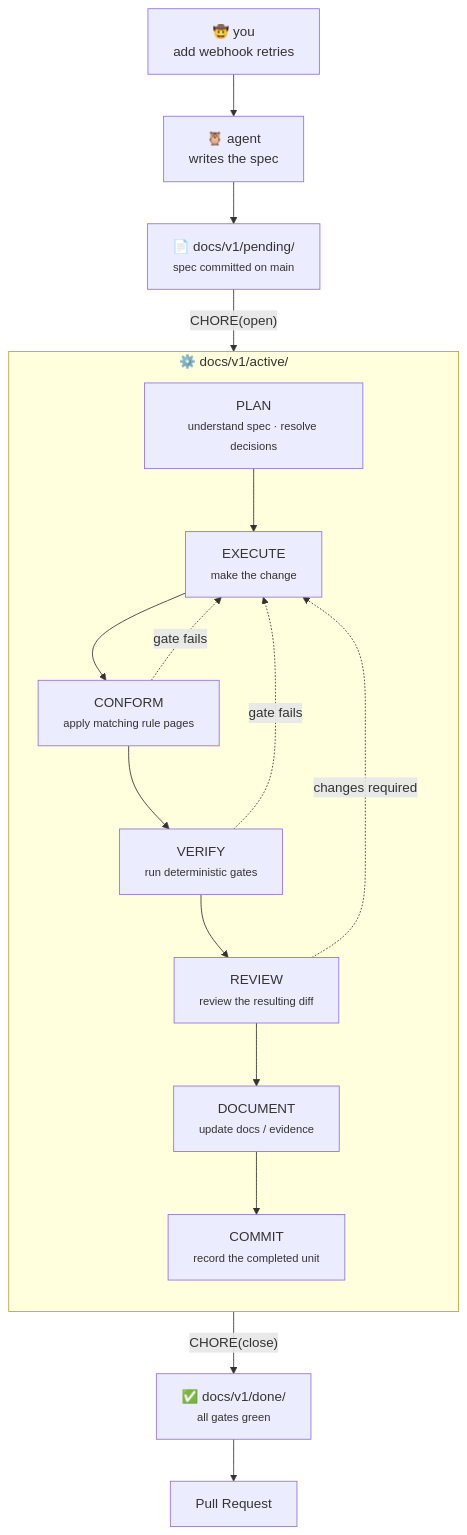
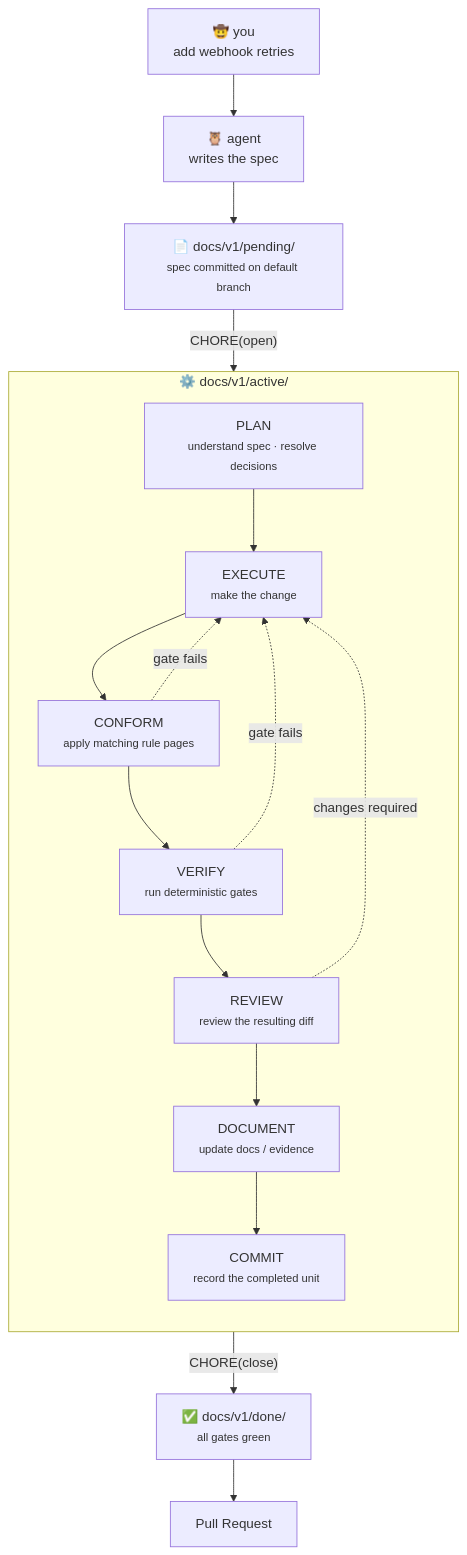
One commit to agentsfleet/orly changed the second of 2 diagrams in README.md. Above: the diagram before and after it, drawn with Mermaid. The commit also changed other lines of this file and 405 other files, not shown here.

````diff
--- a/README.md
+++ b/README.md
@@ -167,36 +182,36 @@
 ```mermaid
 flowchart TB
     you["🤠 you<br/>add webhook retries"]
     agent["🦉 agent<br/>writes the spec"]
-    pending["📄 docs/v1/pending/<br/><small>spec committed on main</small>"]
+    pending["📄 docs/v1/pending/<br/><small>spec committed on default branch</small>"]
 
     you --> agent
     agent --> pending
     pending -->|"CHORE(open)"| plan
 
     subgraph active["⚙️ docs/v1/active/"]
         direction TB
 
         plan["PLAN<br/><small>understand spec · resolve decisions</small>"]
         execute["EXECUTE<br/><small>make the change</small>"]
         conform["CONFORM<br/><small>apply matching rule pages</small>"]
         verify["VERIFY<br/><small>run deterministic gates</small>"]
         review["REVIEW<br/><small>review the resulting diff</small>"]
         document["DOCUMENT<br/><small>update docs / evidence</small>"]
         commit["COMMIT<br/><small>record the completed unit</small>"]
 
         plan --> execute
         execute --> conform
         conform --> verify
         verify --> review
         review --> document
         document --> commit
 
         conform -. "gate fails" .-> execute
         verify -. "gate fails" .-> execute
         review -. "changes required" .-> execute
     end
 
     commit -->|"CHORE(close)"| done["✅ docs/v1/done/<br/><small>all gates green</small>"]
     done --> pr["Pull Request"]
 ```
````
